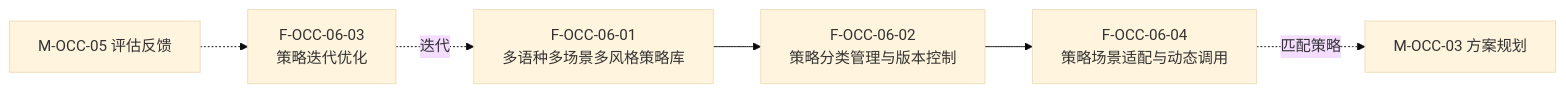
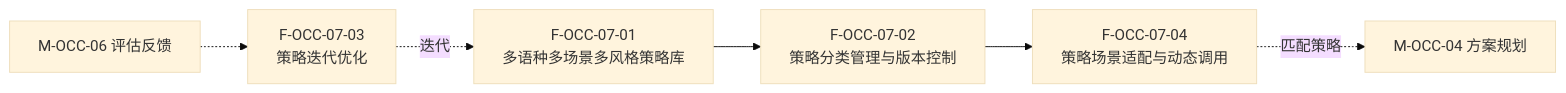
Before and after one commit to Sj-g/obsidian: diagram 32 of 45 in 公司项目/认知作战/文档/软件概要设计-架构图.md, drawn with Mermaid (base theme). The commit also changed other lines of this file and 4 other files, not shown here.

````diff
--- a/公司项目/认知作战/文档/软件概要设计-架构图.md
+++ b/公司项目/认知作战/文档/软件概要设计-架构图.md
@@ -752,13 +659,13 @@
 ```mermaid
 flowchart LR
-    F0601["F-OCC-06-01<br/>多语种多场景多风格策略库"]
-    F0602["F-OCC-06-02<br/>策略分类管理与版本控制"]
-    F0603["F-OCC-06-03<br/>策略迭代优化"]
-    F0604["F-OCC-06-04<br/>策略场景适配与动态调用"]
+    F0701["F-OCC-07-01<br/>多语种多场景多风格策略库"]
+    F0702["F-OCC-07-02<br/>策略分类管理与版本控制"]
+    F0703["F-OCC-07-03<br/>策略迭代优化"]
+    F0704["F-OCC-07-04<br/>策略场景适配与动态调用"]
 
-    F0601 --> F0602
-    F0602 --> F0604
-    EXT["M-OCC-05 评估反馈"] -.-> F0603
-    F0603 -.->|"迭代"| F0601
-    F0604 -.->|"匹配策略"| EXT2["M-OCC-03 方案规划"]
+    F0701 --> F0702
+    F0702 --> F0704
+    EXT["M-OCC-06 评估反馈"] -.-> F0703
+    F0703 -.->|"迭代"| F0701
+    F0704 -.->|"匹配策略"| EXT2["M-OCC-04 方案规划"]
 ```
````
